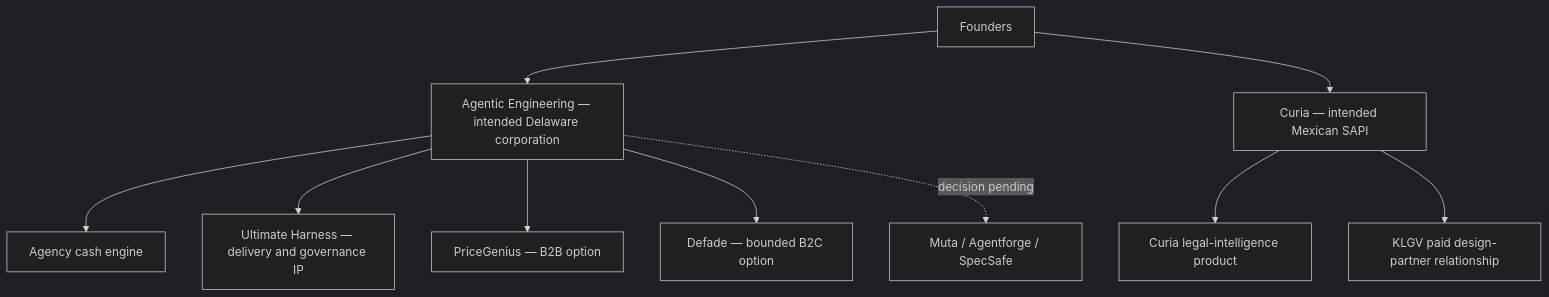
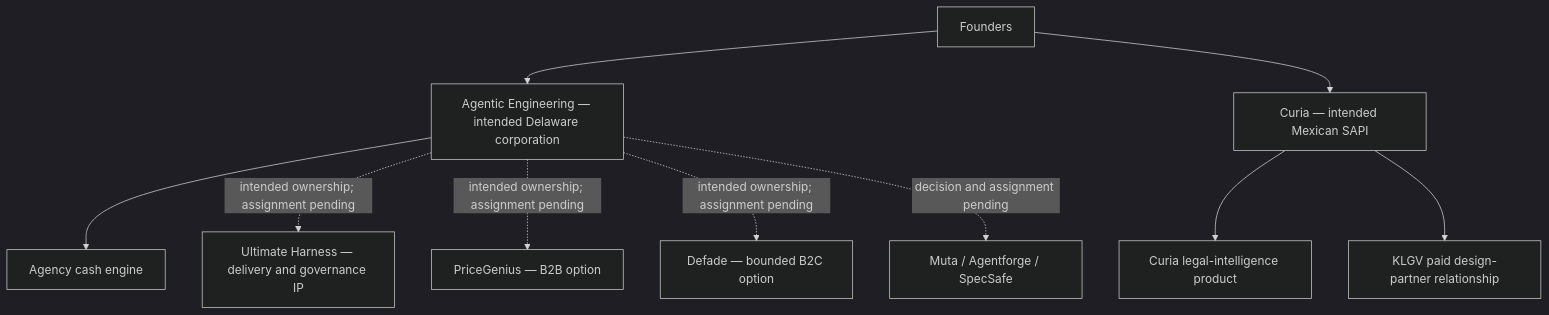
The first of 2 diagrams in articles/portfolio-and-platform-strategy.md (Agentic-Engineering-Agency/agentic-engineering-wiki), drawn with Mermaid (dark theme) before and after one commit. The commit also changed other lines of this file and 2 other files, not shown here.

````diff
--- a/articles/portfolio-and-platform-strategy.md
+++ b/articles/portfolio-and-platform-strategy.md
@@ -25,12 +25,12 @@
 ```mermaid
 flowchart TB
     F["Founders"] --> AE["Agentic Engineering — intended Delaware corporation"]
     F --> C["Curia — intended Mexican SAPI"]
     AE --> A["Agency cash engine"]
-    AE --> UH["Ultimate Harness — delivery and governance IP"]
-    AE --> PG["PriceGenius — B2B option"]
-    AE --> D["Defade — bounded B2C option"]
-    AE -. "decision pending" .-> M["Muta / Agentforge / SpecSafe"]
+    AE -. "intended ownership; assignment pending" .-> UH["Ultimate Harness — delivery and governance IP"]
+    AE -. "intended ownership; assignment pending" .-> PG["PriceGenius — B2B option"]
+    AE -. "intended ownership; assignment pending" .-> D["Defade — bounded B2C option"]
+    AE -. "decision and assignment pending" .-> M["Muta / Agentforge / SpecSafe"]
     C --> CP["Curia legal-intelligence product"]
     C --> KR["KLGV paid design-partner relationship"]
 ```
````
